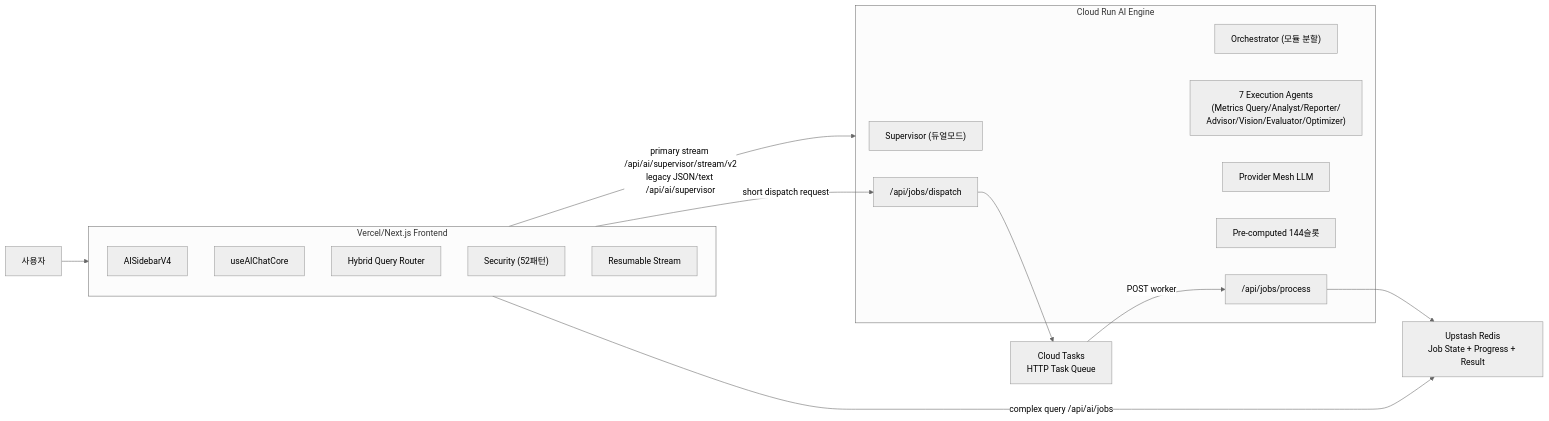
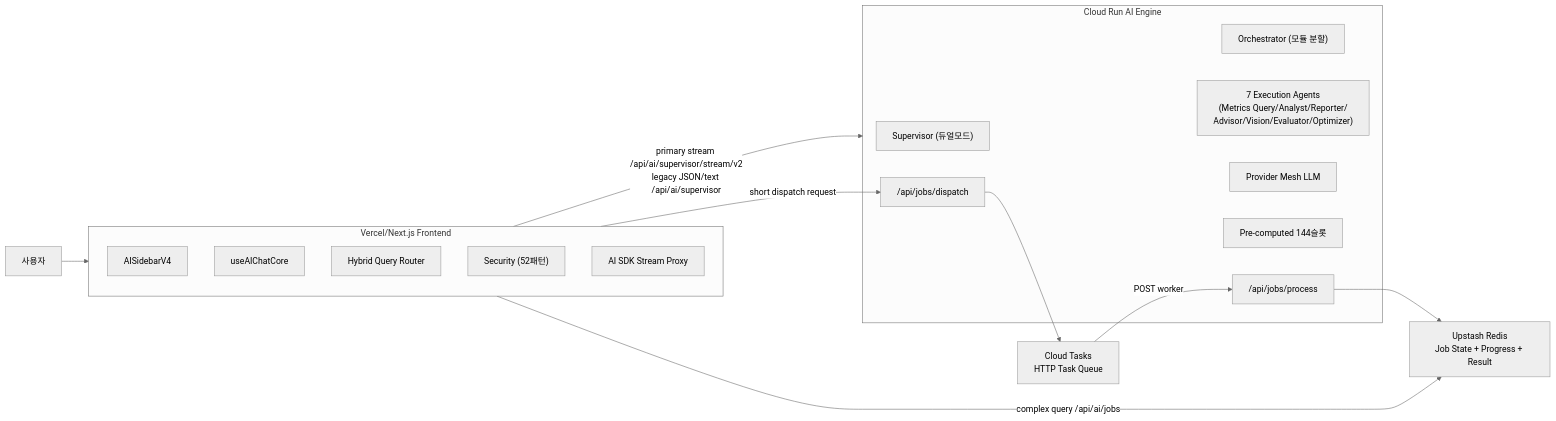
One commit to skyasu2/openmanager-ai changed the diagram in docs/reference/architecture/ai/frontend-backend-comparison.md. Above: the diagram before and after it, drawn with Mermaid (neutral theme). The commit also changed other lines of this file and 10 other files, not shown here.

````diff
--- a/docs/reference/architecture/ai/frontend-backend-comparison.md
+++ b/docs/reference/architecture/ai/frontend-backend-comparison.md
@@ -23,32 +23,32 @@
 ```mermaid
 graph LR
     User["사용자"] --> Vercel
 
     subgraph Vercel["Vercel/Next.js Frontend"]
         UI["AISidebarV4"]
         Hook["useAIChatCore"]
         Router["Hybrid Query Router"]
         Security["Security (52패턴)"]
-        Stream["Resumable Stream"]
+        Stream["AI SDK Stream Proxy"]
     end
 
     subgraph CloudRun["Cloud Run AI Engine"]
         Supervisor["Supervisor (듀얼모드)"]
         Orchestrator["Orchestrator (모듈 분할)"]
         Agents["7 Execution Agents<br/>(Metrics Query/Analyst/Reporter/<br/>Advisor/Vision/Evaluator/Optimizer)"]
         Provider["Provider Mesh LLM"]
         PreComp["Pre-computed 144슬롯"]
         Dispatch["/api/jobs/dispatch"]
         Process["/api/jobs/process"]
     end
 
     Redis["Upstash Redis<br/>Job State + Progress + Result"]
     CloudTasks["Cloud Tasks<br/>HTTP Task Queue"]
 
     Vercel -->|"primary stream /api/ai/supervisor/stream/v2\nlegacy JSON/text /api/ai/supervisor"| CloudRun
     Vercel -->|"complex query /api/ai/jobs"| Redis
     Vercel -->|"short dispatch request"| Dispatch
     Dispatch --> CloudTasks
     CloudTasks -->|"POST worker"| Process
     Process --> Redis
 ```
````
